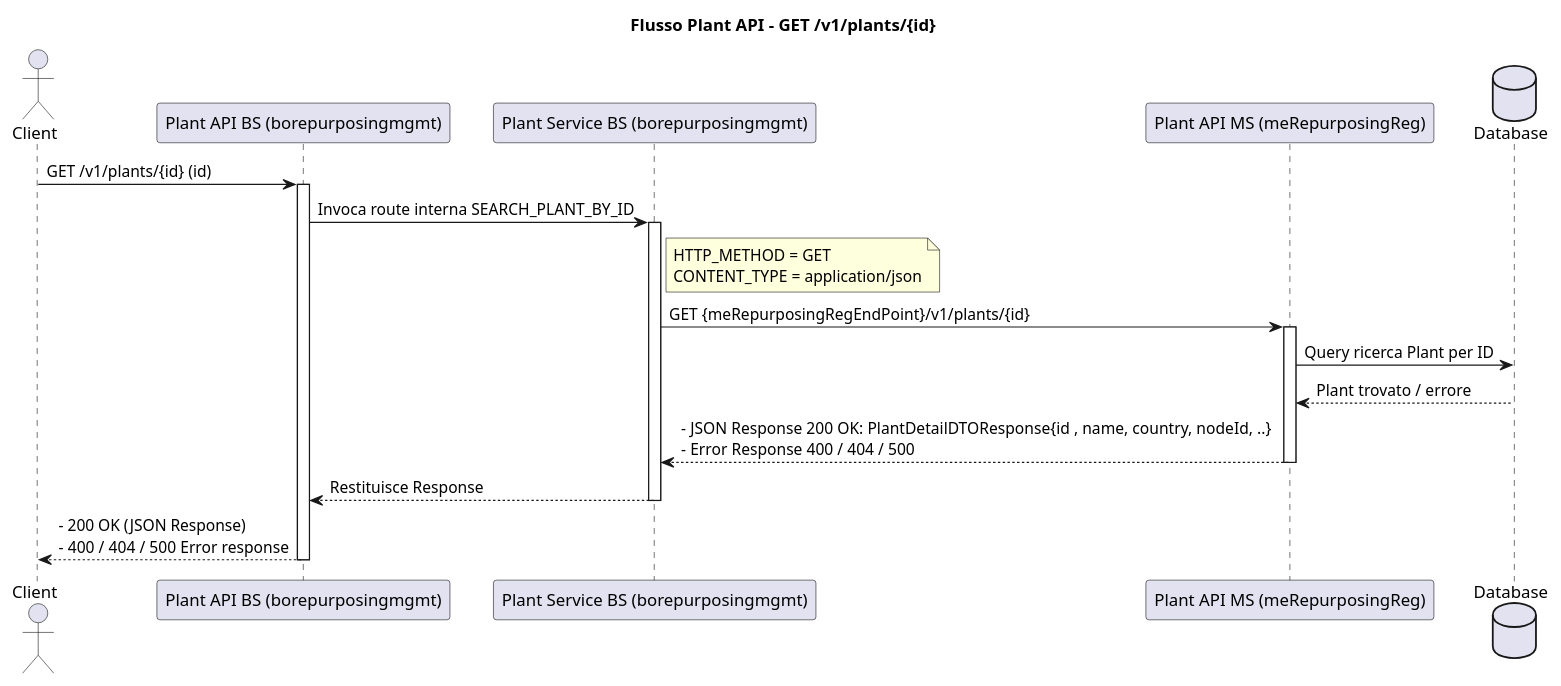
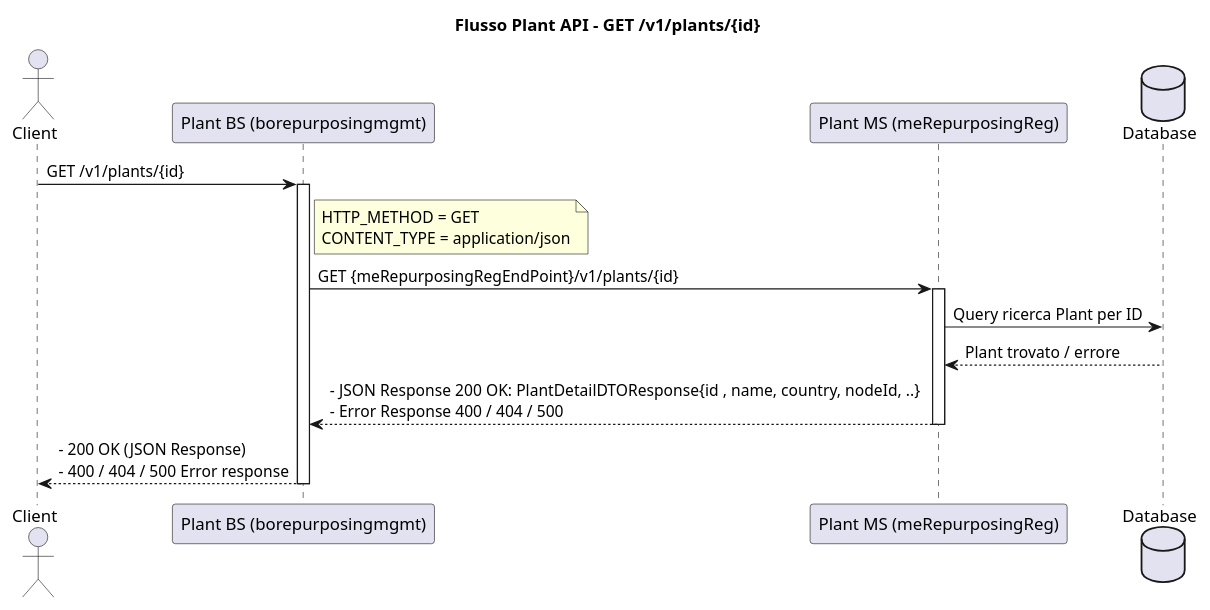
Before and after one commit to Tonio-D-San/MdToOther: the diagram in Documentazione/Plant/snippets/get_v1_plants_id.puml, drawn with PlantUML. The commit also changed 10 other files, not shown here.

Commit message:
refactor: update documentation for Counterpart and Plant APIs to reflect microservice architecture changes

```diff
--- a/Documentazione/Plant/snippets/get_v1_plants_id.puml
+++ b/Documentazione/Plant/snippets/get_v1_plants_id.puml
@@ -1,35 +1,28 @@
 @startuml
 title Flusso Plant API - GET /v1/plants/{id}
 
 actor Client as C
-participant "Plant API BS (borepurposingmgmt)" as API_BS
-participant "Plant Service BS (borepurposingmgmt)" as Service_BS
-participant "Plant API MS (meRepurposingReg)" as API_MS
+participant "Plant BS (borepurposingmgmt)" as BS
+participant "Plant MS (meRepurposingReg)" as MS
 database "Database" as DB
 
-C -> API_BS : GET /v1/plants/{id} (id)
-activate API_BS
+C -> BS : GET /v1/plants/{id}
+activate BS
 
-API_BS -> Service_BS : Invoca route interna SEARCH_PLANT_BY_ID
-activate Service_BS
-
-note right of Service_BS
+note right of BS
 HTTP_METHOD = GET
 CONTENT_TYPE = application/json
 end note
 
-Service_BS -> API_MS : GET {meRepurposingRegEndPoint}/v1/plants/{id}
-activate API_MS
+BS -> MS : GET {meRepurposingRegEndPoint}/v1/plants/{id}
+activate MS
 
-API_MS -> DB : Query ricerca Plant per ID
-DB --> API_MS : Plant trovato / errore
-API_MS --> Service_BS : - JSON Response 200 OK: PlantDetailDTOResponse{id , name, country, nodeId, ..} \n- Error Response 400 / 404 / 500
-deactivate API_MS
+MS -> DB : Query ricerca Plant per ID
+DB --> MS : Plant trovato / errore
+MS --> BS : - JSON Response 200 OK: PlantDetailDTOResponse{id , name, country, nodeId, ..} \n- Error Response 400 / 404 / 500
+deactivate MS
 
-Service_BS --> API_BS : Restituisce Response
-deactivate Service_BS
-
-API_BS --> C : - 200 OK (JSON Response)\n- 400 / 404 / 500 Error response
-deactivate API_BS
+BS --> C : - 200 OK (JSON Response)\n- 400 / 404 / 500 Error response
+deactivate BS
 
 @enduml
```
